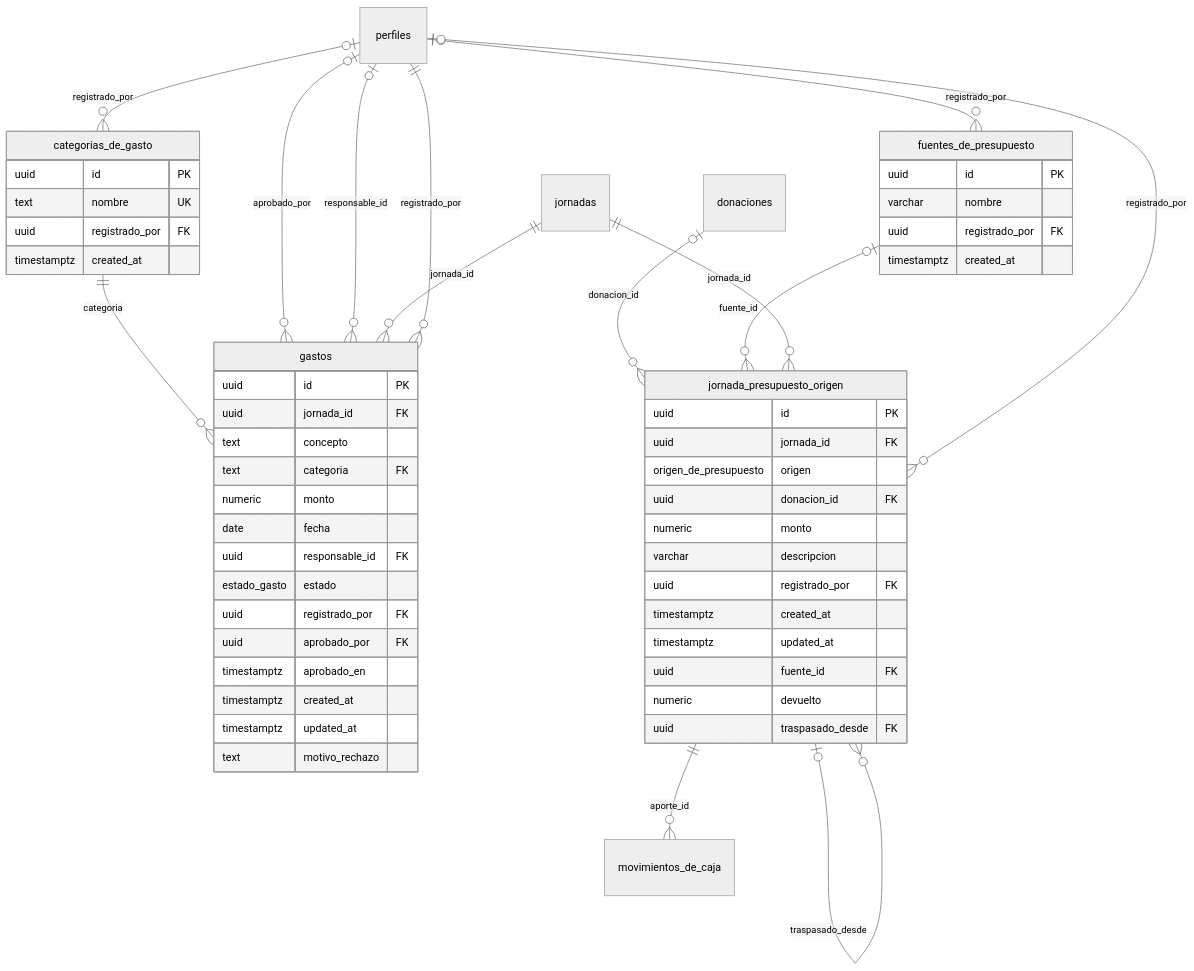
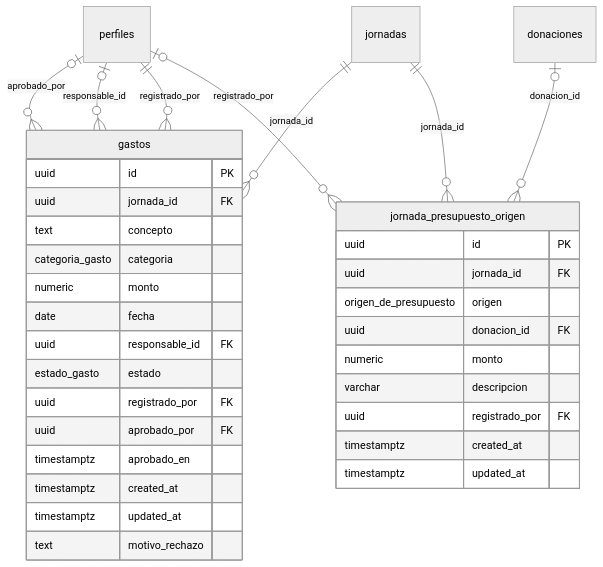
One commit to URL-ECOPAC/Ecopac-Digital changed the seventh of 10 diagrams in docs/DICCIONARIO-DE-DATOS.md. Above: the diagram before and after it, drawn with Mermaid (neutral theme). The commit also changed other lines of this file, not shown here.

````diff
--- a/docs/DICCIONARIO-DE-DATOS.md
+++ b/docs/DICCIONARIO-DE-DATOS.md
@@ -753,58 +595,37 @@
 ```mermaid
 erDiagram
   gastos {
     uuid id PK
     uuid jornada_id FK
     text concepto
-    text categoria FK
+    categoria_gasto categoria
     numeric monto
     date fecha
     uuid responsable_id FK
     estado_gasto estado
     uuid registrado_por FK
     uuid aprobado_por FK
     timestamptz aprobado_en
     timestamptz created_at
     timestamptz updated_at
     text motivo_rechazo
   }
-  categorias_de_gasto {
-    uuid id PK
-    text nombre UK
-    uuid registrado_por FK
-    timestamptz created_at
-  }
-  fuentes_de_presupuesto {
-    uuid id PK
-    varchar nombre
-    uuid registrado_por FK
-    timestamptz created_at
-  }
   jornada_presupuesto_origen {
     uuid id PK
     uuid jornada_id FK
     origen_de_presupuesto origen
     uuid donacion_id FK
     numeric monto
     varchar descripcion
     uuid registrado_por FK
     timestamptz created_at
     timestamptz updated_at
-    uuid fuente_id FK
-    numeric devuelto
-    uuid traspasado_desde FK
   }
-  perfiles |o--o{ categorias_de_gasto : "registrado_por"
-  perfiles |o--o{ fuentes_de_presupuesto : "registrado_por"
-  categorias_de_gasto ||--o{ gastos : "categoria"
   perfiles |o--o{ gastos : "aprobado_por"
   perfiles |o--o{ gastos : "responsable_id"
   jornadas ||--o{ gastos : "jornada_id"
   perfiles ||--o{ gastos : "registrado_por"
   donaciones |o--o{ jornada_presupuesto_origen : "donacion_id"
-  fuentes_de_presupuesto |o--o{ jornada_presupuesto_origen : "fuente_id"
   jornadas ||--o{ jornada_presupuesto_origen : "jornada_id"
   perfiles |o--o{ jornada_presupuesto_origen : "registrado_por"
-  jornada_presupuesto_origen |o--o{ jornada_presupuesto_origen : "traspasado_desde"
-  jornada_presupuesto_origen ||--o{ movimientos_de_caja : "aporte_id"
 ```
````
